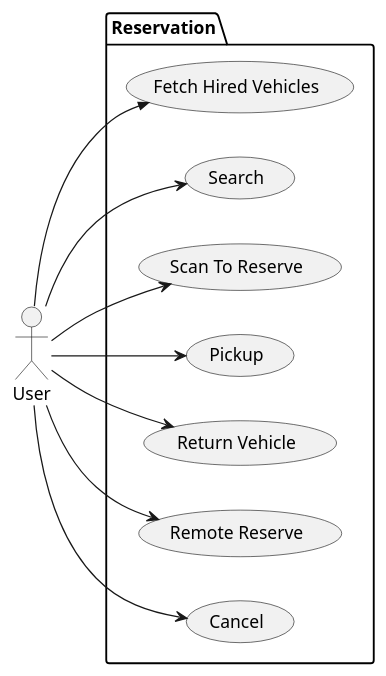
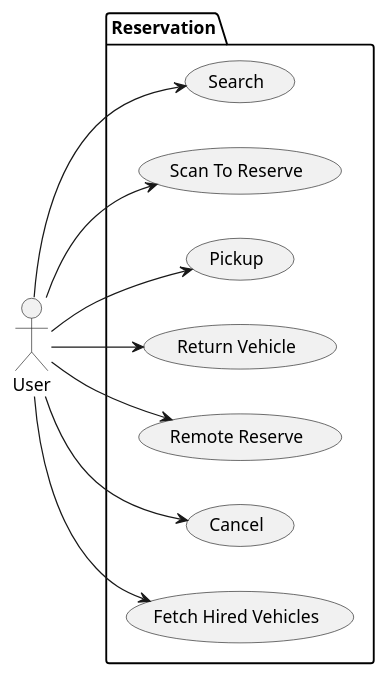
The diagram in src/main/resources/Search.puml (himanshupandey24/Car-Rental-System), drawn with PlantUML before and after one commit. The commit also changed 31 other files, not shown here.

```diff
--- a/src/main/resources/Search.puml
+++ b/src/main/resources/Search.puml
@@ -1,22 +1,24 @@
 @startuml
+
 left to right direction
 actor "User" as usr
 package Reservation {
 usecase "Search" as uc1
 usecase "Scan To Reserve" as uc2
 usecase "Pickup" as uc3
 usecase "Return Vehicle" as uc4
 usecase "Remote Reserve" as uc5
 usecase "Cancel" as uc6
 usecase "Fetch Hired Vehicles" as uc7
 }
+
 usr --> uc1
 usr --> uc2
 usr --> uc3
 usr --> uc4
 usr --> uc5
 usr --> uc6
-usr ->> uc7
+usr --> uc7
 
 
 @enduml
```
